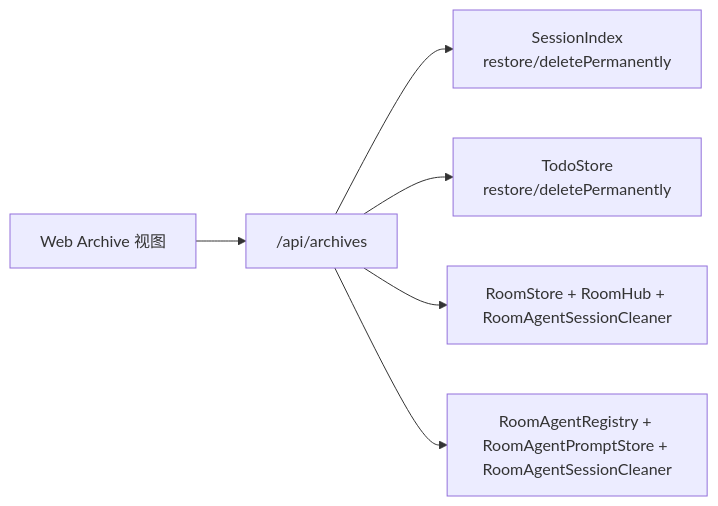
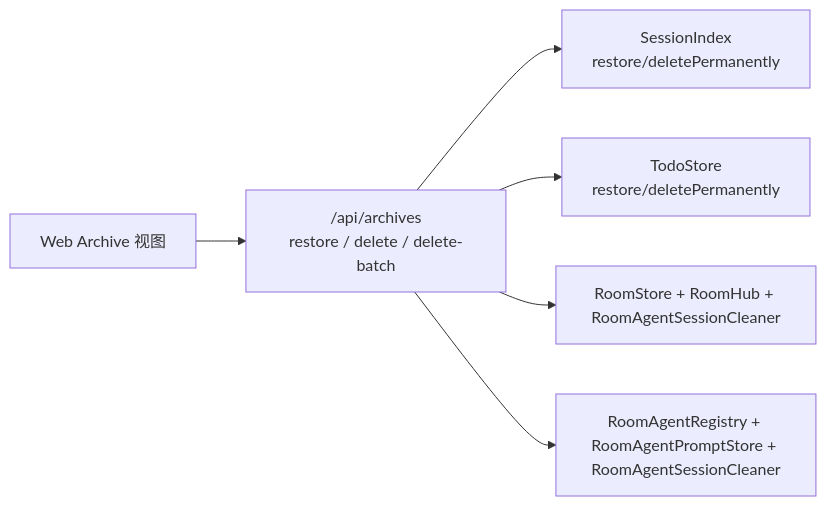
Before and after one commit to yangzhb-cn/aster: the sixth of 6 diagrams in docs/ai-readme/generated/architecture.md, drawn with Mermaid. The commit also changed other lines of this file and 8 other files, not shown here.

````diff
--- a/docs/ai-readme/generated/architecture.md
+++ b/docs/ai-readme/generated/architecture.md
@@ -145,8 +145,8 @@
 ```mermaid
 flowchart LR
-    WebArchive["Web Archive 视图"] --> ArchiveApi["/api/archives"]
+    WebArchive["Web Archive 视图"] --> ArchiveApi["/api/archives\nrestore / delete / delete-batch"]
     ArchiveApi --> Sessions["SessionIndex\nrestore/deletePermanently"]
     ArchiveApi --> Todos["TodoStore\nrestore/deletePermanently"]
     ArchiveApi --> Rooms["RoomStore + RoomHub + RoomAgentSessionCleaner"]
     ArchiveApi --> Agents["RoomAgentRegistry + RoomAgentPromptStore + RoomAgentSessionCleaner"]
 ```
````
